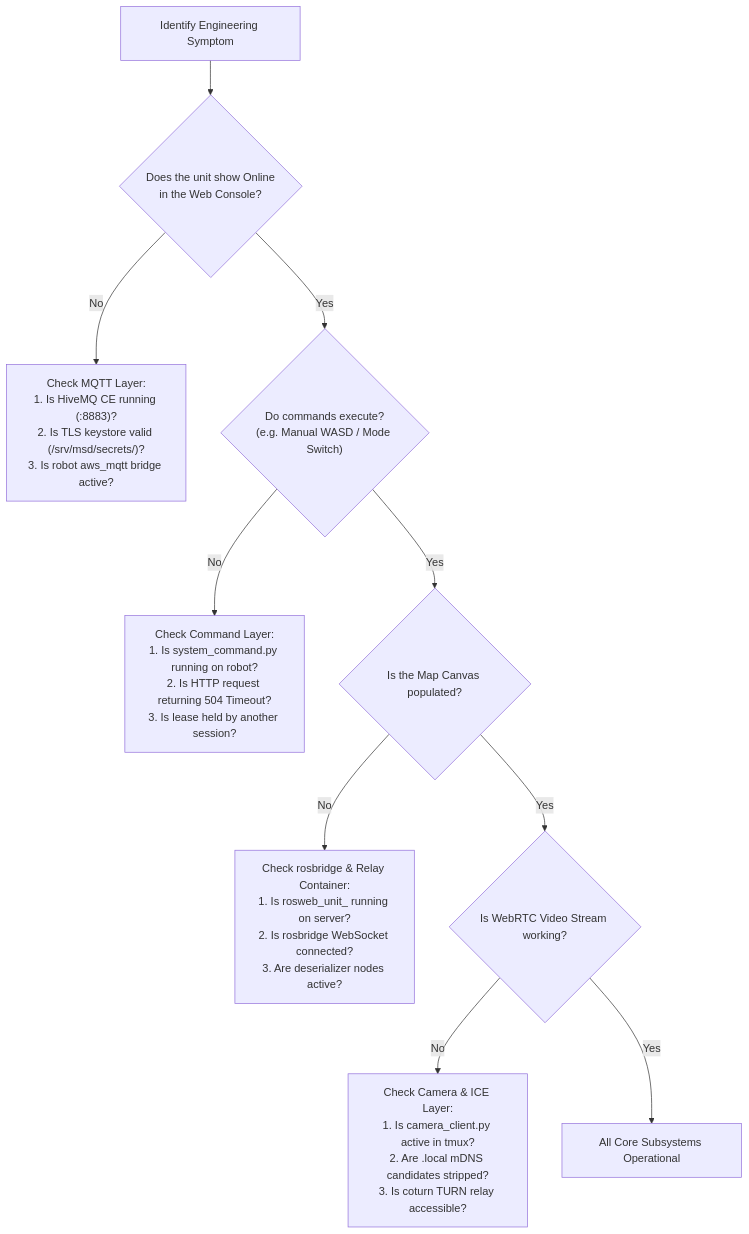
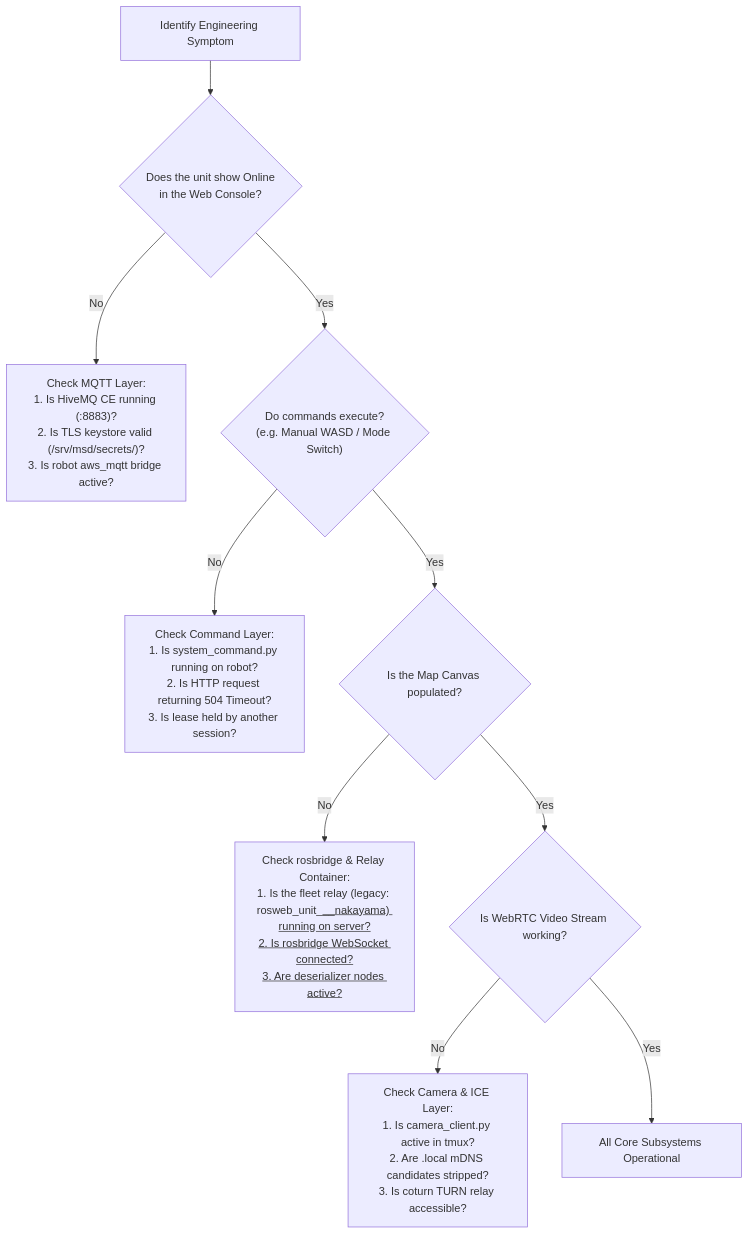
The diagram in docs/development/troubleshooting-guide.md (itbdelaboprogramming/msd700_documentation), drawn with Mermaid before and after one commit. The commit also changed other lines of this file and 110 other files, not shown here.

````diff
--- a/docs/development/troubleshooting-guide.md
+++ b/docs/development/troubleshooting-guide.md
@@ -14,16 +14,16 @@
 ```mermaid
 flowchart TD
   START["Identify Engineering Symptom"] --> Q1{"Does the unit show Online<br/>in the Web Console?"}
 
   Q1 -->|No| MQTT_FAIL["Check MQTT Layer:<br/>1. Is HiveMQ CE running (:8883)?<br/>2. Is TLS keystore valid (/srv/msd/secrets/)?<br/>3. Is robot aws_mqtt bridge active?"]
   Q1 -->|Yes| Q2{"Do commands execute?<br/>(e.g. Manual WASD / Mode Switch)"}
 
   Q2 -->|No| CMD_FAIL["Check Command Layer:<br/>1. Is system_command.py running on robot?<br/>2. Is HTTP request returning 504 Timeout?<br/>3. Is lease held by another session?"]
   Q2 -->|Yes| Q3{"Is the Map Canvas populated?"}
 
-  Q3 -->|No| CANVAS_FAIL["Check rosbridge & Relay Container:<br/>1. Is rosweb_unit_<ULID> running on server?<br/>2. Is rosbridge WebSocket connected?<br/>3. Are deserializer nodes active?"]
+  Q3 -->|No| CANVAS_FAIL["Check rosbridge & Relay Container:<br/>1. Is the fleet relay (legacy: rosweb_unit_<u>_<unit>_nakayama) running on server?<br/>2. Is rosbridge WebSocket connected?<br/>3. Are deserializer nodes active?"]
   Q3 -->|Yes| Q4{"Is WebRTC Video Stream working?"}
 
   Q4 -->|No| VIDEO_FAIL["Check Camera & ICE Layer:<br/>1. Is camera_client.py active in tmux?<br/>2. Are .local mDNS candidates stripped?<br/>3. Is coturn TURN relay accessible?"]
   Q4 -->|Yes| APP_OK["All Core Subsystems Operational"]
 ```
````
